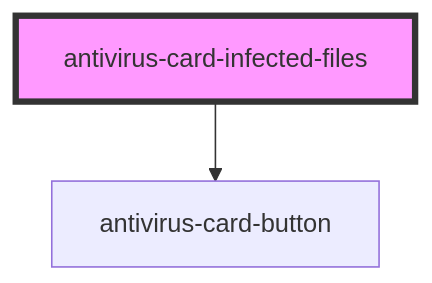
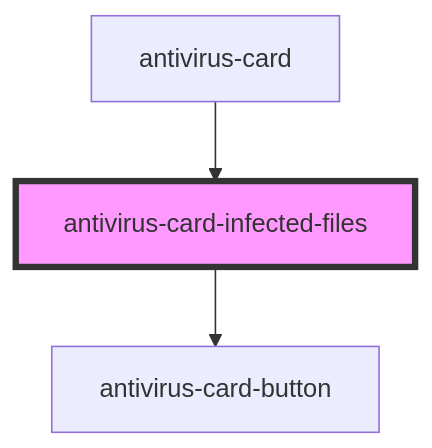
Before and after one commit to ispsystem/plugin-imunify: the diagram in packages/antivirus-card/src/components/infected-files/readme.md, drawn with Mermaid. The commit also changed other lines of this file and 17 other files, not shown here.

Commit message:
feat(antivirus-card): merge preview with navigation and infected-files component

````diff
--- a/packages/antivirus-card/src/components/infected-files/readme.md
+++ b/packages/antivirus-card/src/components/infected-files/readme.md
@@ -22,5 +19,6 @@
 ```mermaid
 graph TD;
   antivirus-card-infected-files --> antivirus-card-button
+  antivirus-card --> antivirus-card-infected-files
   style antivirus-card-infected-files fill:#f9f,stroke:#333,stroke-width:4px
 ```
````
